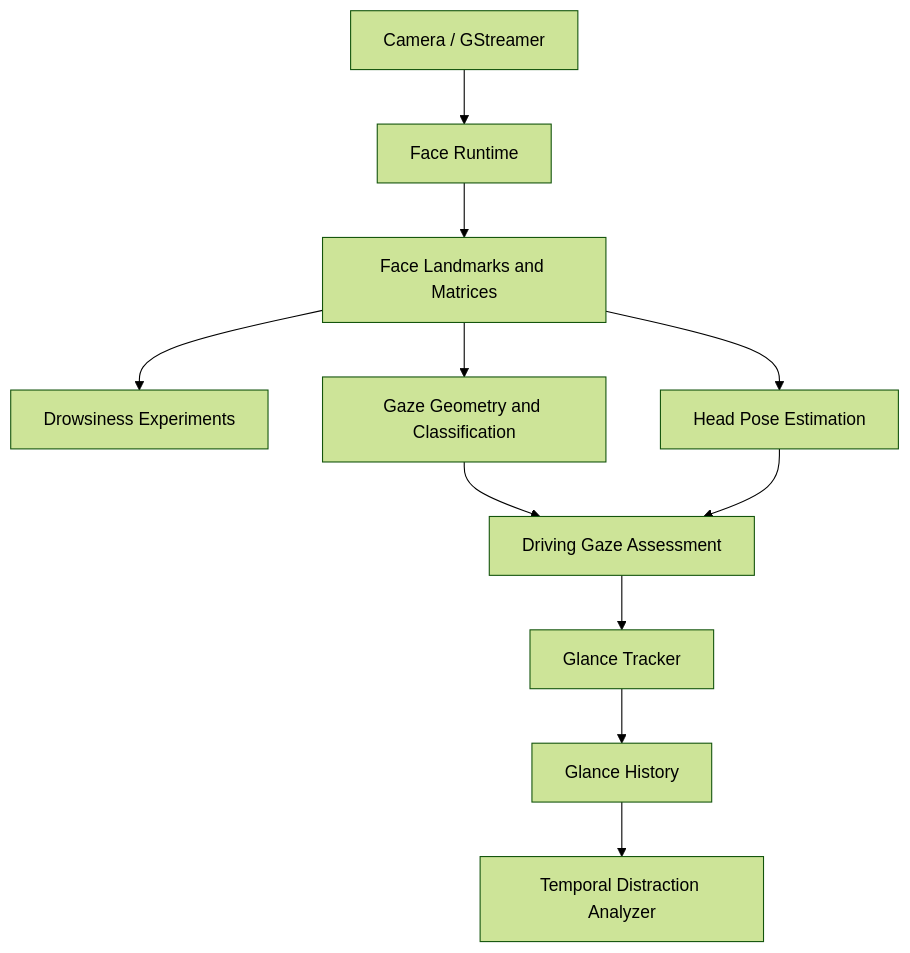
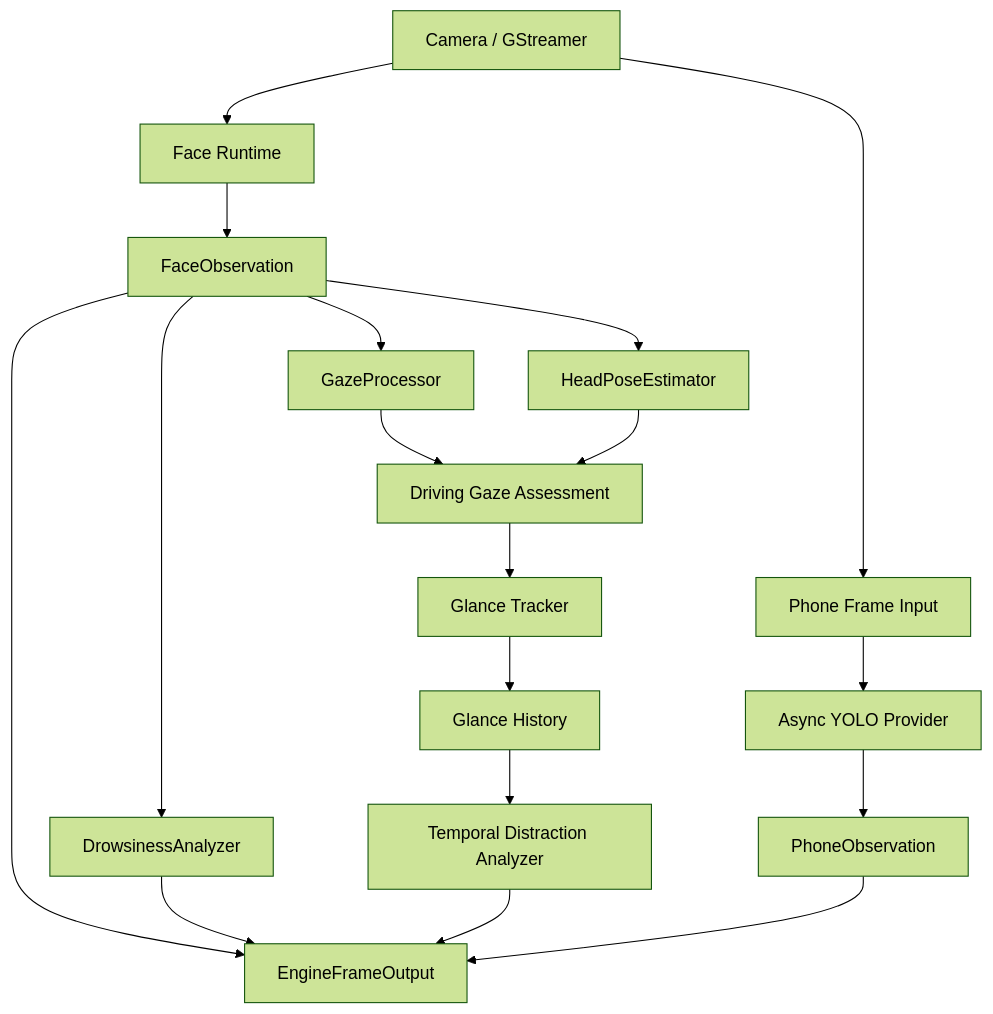
The diagram in docs/03_system_architecture.md (MohamedMagdy-203/DriveSense-AI-Intelligent-In-Cabin-Driver-Monitoring-System), drawn with Mermaid (forest theme) before and after one commit. The commit also changed other lines of this file and 9 other files, not shown here.

Commit message:
docs: finalize architecture criteria and release presentation

````diff
--- a/docs/03_system_architecture.md
+++ b/docs/03_system_architecture.md
@@ -9,13 +9,20 @@
 ```mermaid
 flowchart TD
     A[Camera / GStreamer] --> B[Face Runtime]
-    B --> C[Face Landmarks and Matrices]
-    C --> D[Drowsiness Experiments]
-    C --> E[Gaze Geometry and Classification]
-    C --> F[Head Pose Estimation]
+    A --> P[Phone Frame Input]
+    B --> C[FaceObservation]
+    C --> D[DrowsinessAnalyzer]
+    C --> E[GazeProcessor]
+    C --> F[HeadPoseEstimator]
     E --> G[Driving Gaze Assessment]
     F --> G
     G --> H[Glance Tracker]
     H --> I[Glance History]
     I --> J[Temporal Distraction Analyzer]
+    P --> K[Async YOLO Provider]
+    K --> L[PhoneObservation]
+    C --> M[EngineFrameOutput]
+    D --> M
+    J --> M
+    L --> M
 ```
````
